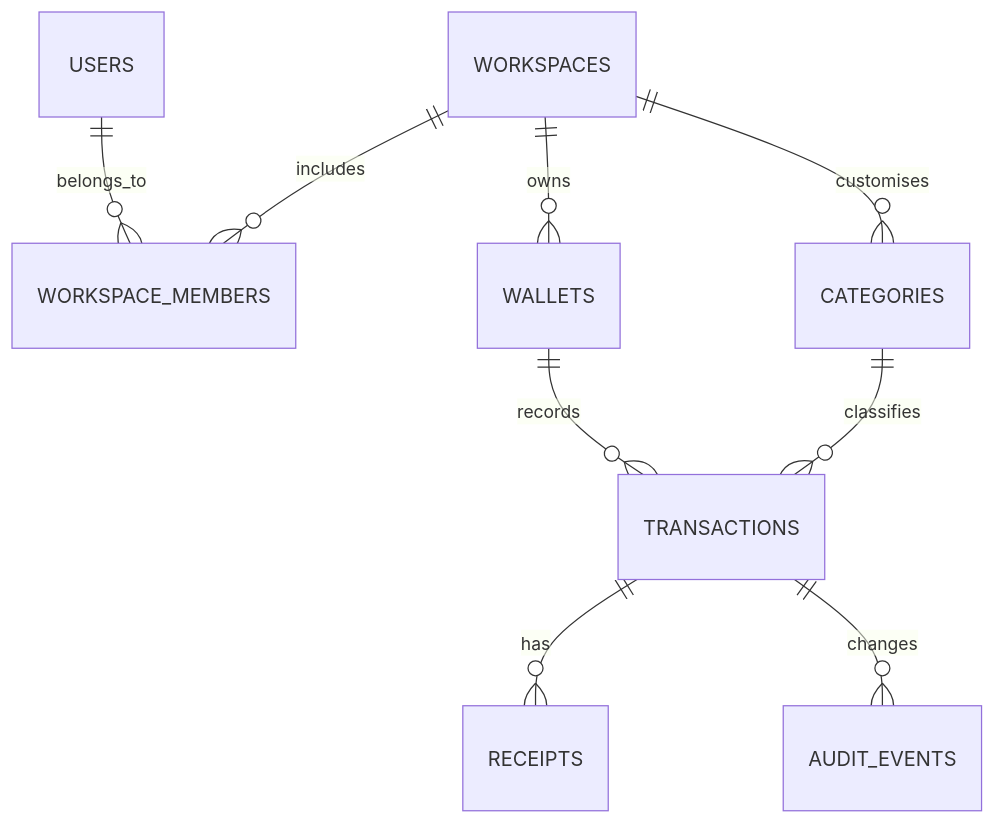
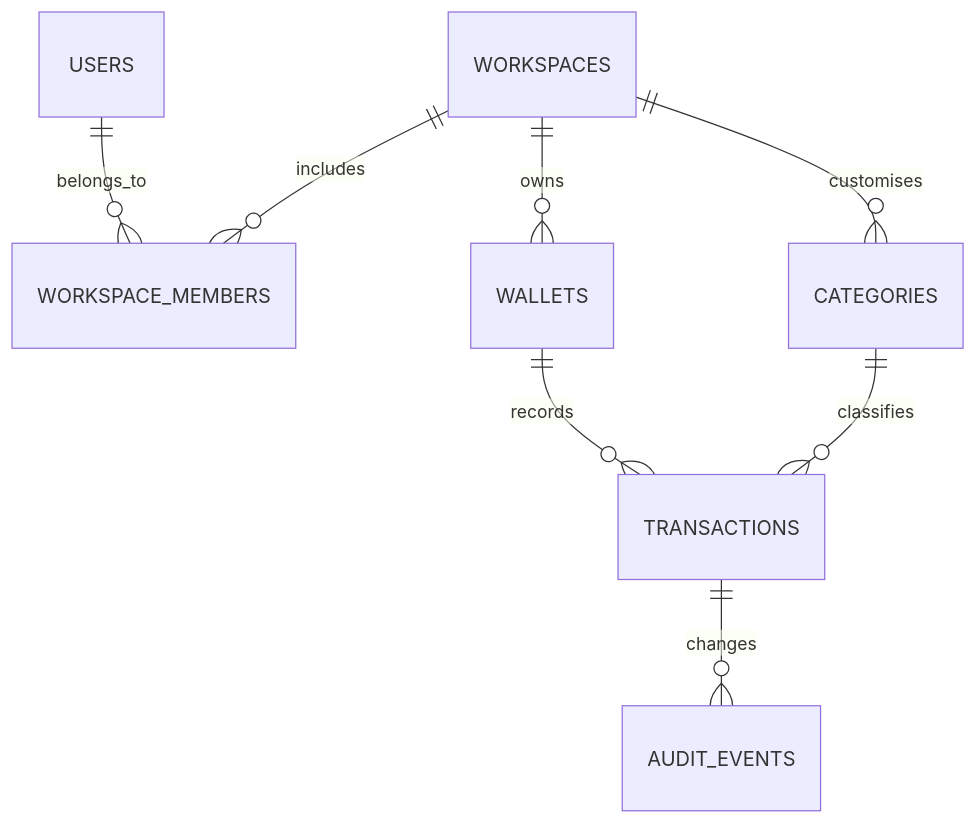
One commit to rakshitnayak/bucks changed the second of 2 diagrams in docs/architecture.md. Above: the diagram before and after it, drawn with Mermaid. The commit also changed other lines of this file and 16 other files, not shown here.

````diff
--- a/docs/architecture.md
+++ b/docs/architecture.md
@@ -77,11 +73,10 @@
 ```mermaid
 erDiagram
   USERS ||--o{ WORKSPACE_MEMBERS : belongs_to
   WORKSPACES ||--o{ WORKSPACE_MEMBERS : includes
   WORKSPACES ||--o{ WALLETS : owns
   WORKSPACES ||--o{ CATEGORIES : customises
   WALLETS ||--o{ TRANSACTIONS : records
   CATEGORIES ||--o{ TRANSACTIONS : classifies
-  TRANSACTIONS ||--o{ RECEIPTS : has
   TRANSACTIONS ||--o{ AUDIT_EVENTS : changes
 ```
````
